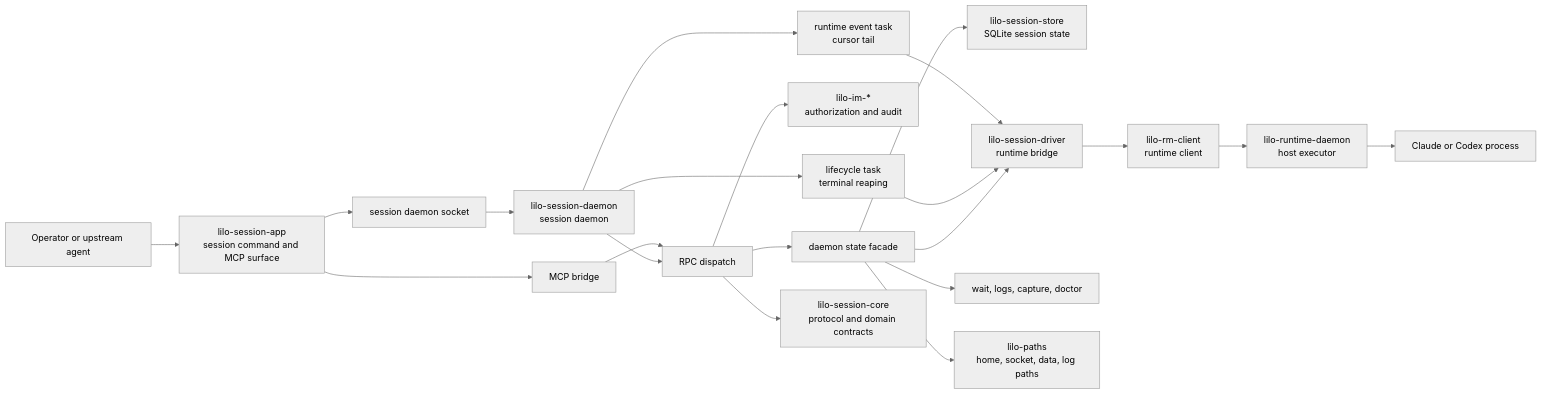
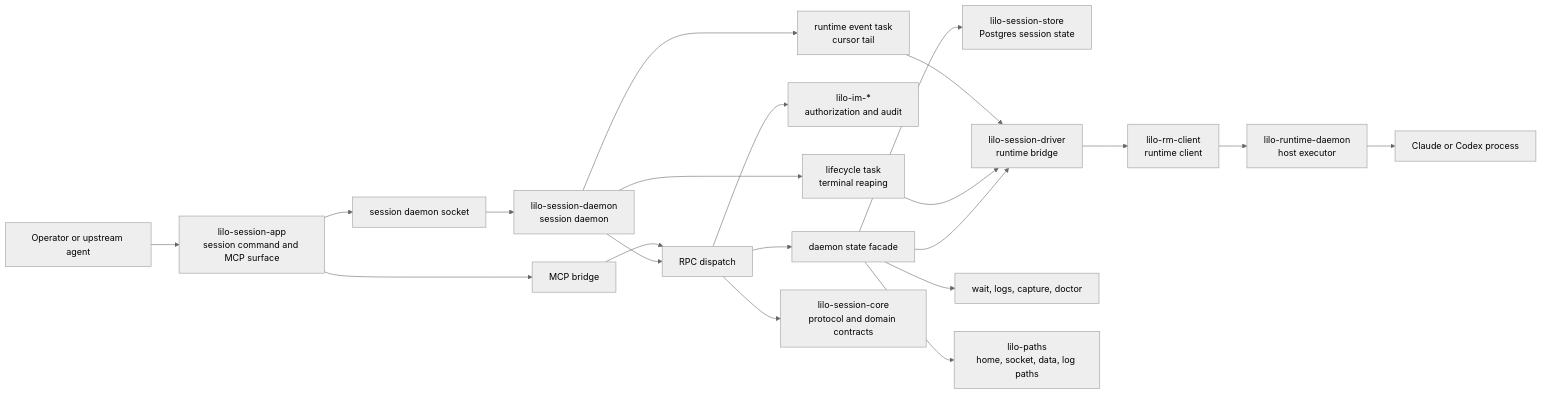
The diagram in docs/architecture/session.md (littleorgans/littleorgans), drawn with Mermaid (neutral theme) before and after one commit. The commit also changed other lines of this file and 63 other files, not shown here.

First line of the commit message:
refactor(db): remove SQLite naming residue — postgres modules, neutral surfaces, runtime proto 0.8 (#32)

````diff
--- a/docs/architecture/session.md
+++ b/docs/architecture/session.md
@@ -68,42 +68,42 @@
 ```mermaid
 flowchart LR
     User["Operator or upstream agent"]
     App["lilo-session-app<br/>session command and MCP surface"]
     Socket["session daemon socket"]
     Daemon["lilo-session-daemon<br/>session daemon"]
     Handler["RPC dispatch"]
     State["daemon state facade"]
-    Store["lilo-session-store<br/>SQLite session state"]
+    Store["lilo-session-store<br/>Postgres session state"]
     Driver["lilo-session-driver<br/>runtime bridge"]
     Identity["lilo-im-*<br/>authorization and audit"]
     Lifecycle["lifecycle task<br/>terminal reaping"]
     Events["runtime event task<br/>cursor tail"]
     Polish["wait, logs, capture, doctor"]
     Core["lilo-session-core<br/>protocol and domain contracts"]
     Paths["lilo-paths<br/>home, socket, data, log paths"]
     RuntimeClient["lilo-rm-client<br/>runtime client"]
     RuntimeDaemon["lilo-runtime-daemon<br/>host executor"]
     Runtime["Claude or Codex process"]
     Mcp["MCP bridge"]
 
     User --> App
     App --> Socket
     App --> Mcp
     Socket --> Daemon
     Daemon --> Handler
     Handler --> Core
     Handler --> State
     Handler --> Identity
     State --> Store
     State --> Driver
     State --> Polish
     State --> Paths
     Daemon --> Lifecycle
     Daemon --> Events
     Lifecycle --> Driver
     Events --> Driver
     Driver --> RuntimeClient
     RuntimeClient --> RuntimeDaemon
     RuntimeDaemon --> Runtime
     Mcp --> Handler
 ```
````
